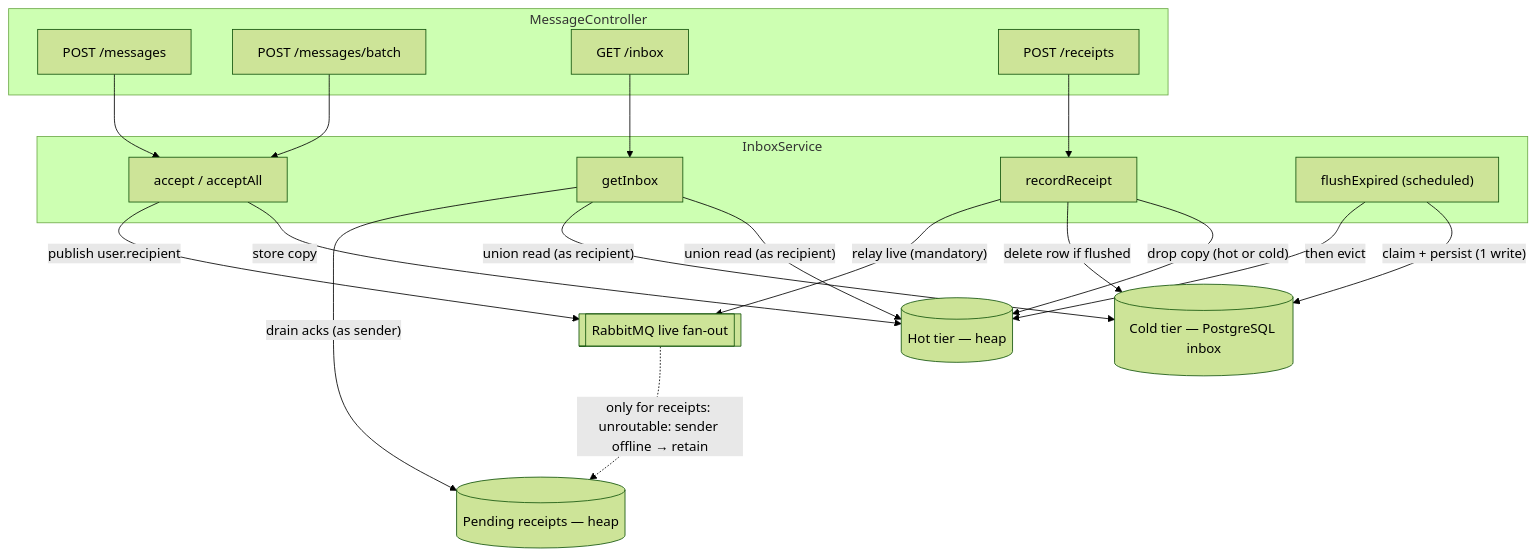
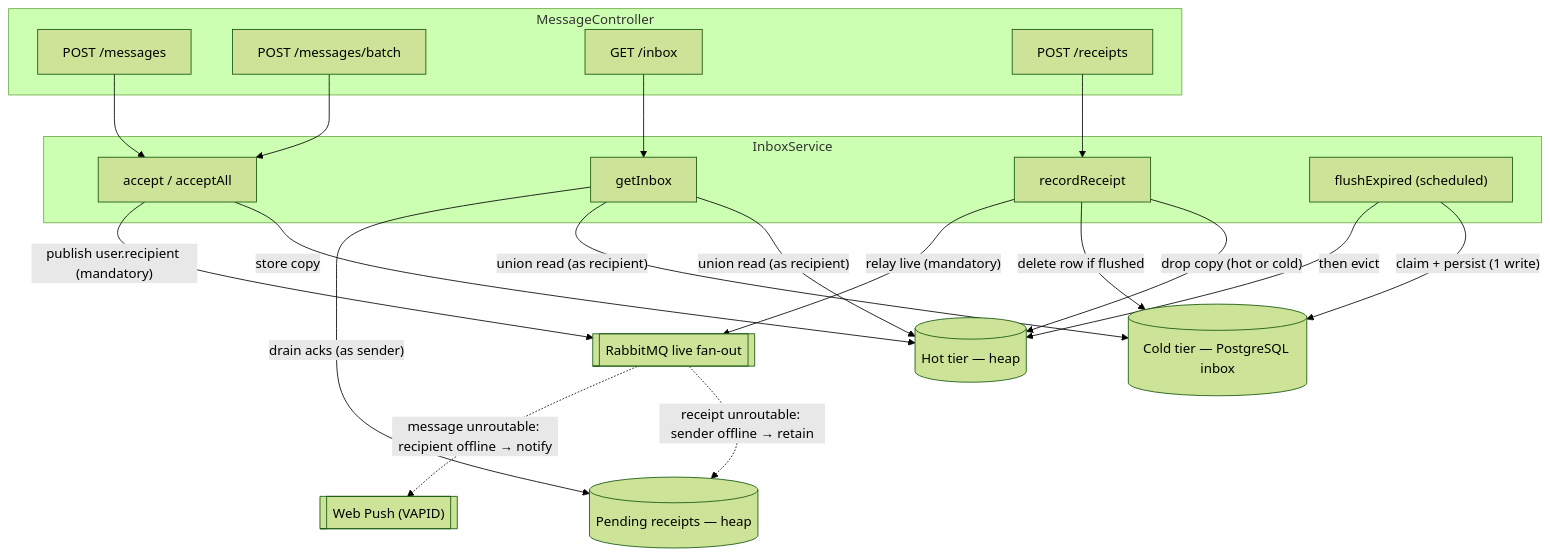
One commit to olshanskyev/fourletters-meta changed the first of 4 diagrams in doc/algorithms/messages-lifecycle.md. Above: the diagram before and after it, drawn with Mermaid (forest theme). The commit also changed other lines of this file and 4 other files, not shown here.

````diff
--- a/doc/algorithms/messages-lifecycle.md
+++ b/doc/algorithms/messages-lifecycle.md
@@ -27,41 +27,43 @@
 ```mermaid
 flowchart TD
     subgraph Controller [MessageController]
         P1["POST /messages"]
         P2["POST /messages/batch"]
         G1["GET /inbox"]
         R1["POST /receipts"]
     end
 
     subgraph Service [InboxService]
         Acc["accept / acceptAll"]
         Inb["getInbox"]
         Rec["recordReceipt"]
         Flush["flushExpired (scheduled)"]
     end
 
     Hot[("Hot tier — heap")]
     Cold[("Cold tier — PostgreSQL inbox")]
     PR[("Pending receipts — heap")]
     MQ[["RabbitMQ live fan-out"]]
+    Push[["Web Push (VAPID)"]]
 
     P1 --> Acc
     P2 --> Acc
     G1 --> Inb
     R1 --> Rec
 
     Acc -->|store copy| Hot
-    Acc -->|publish user.recipient| MQ
+    Acc -->|"publish user.recipient (mandatory)"| MQ
 
     Flush -->|"claim + persist (1 write)"| Cold
     Flush -->|then evict| Hot
 
     Rec -->|"drop copy (hot or cold)"| Hot
     Rec -->|"delete row if flushed"| Cold
     Rec -->|"relay live (mandatory)"| MQ
-    MQ -.->|"only for receipts: unroutable: sender offline → retain"| PR
+    MQ -.->|"receipt unroutable: sender offline → retain"| PR
+    MQ -.->|"message unroutable: recipient offline → notify"| Push
 
     Inb -->|"union read (as recipient)"| Hot
     Inb -->|"union read (as recipient)"| Cold
     Inb -->|"drain acks (as sender)"| PR
 ```
````
